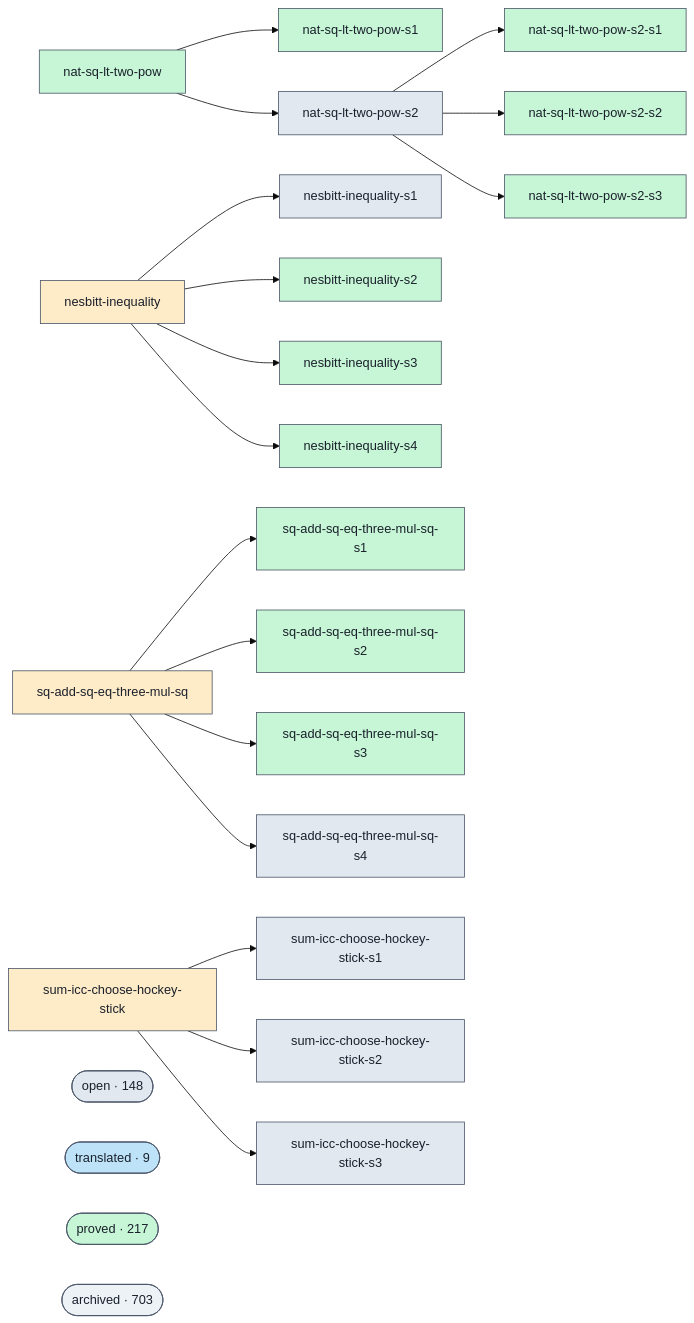
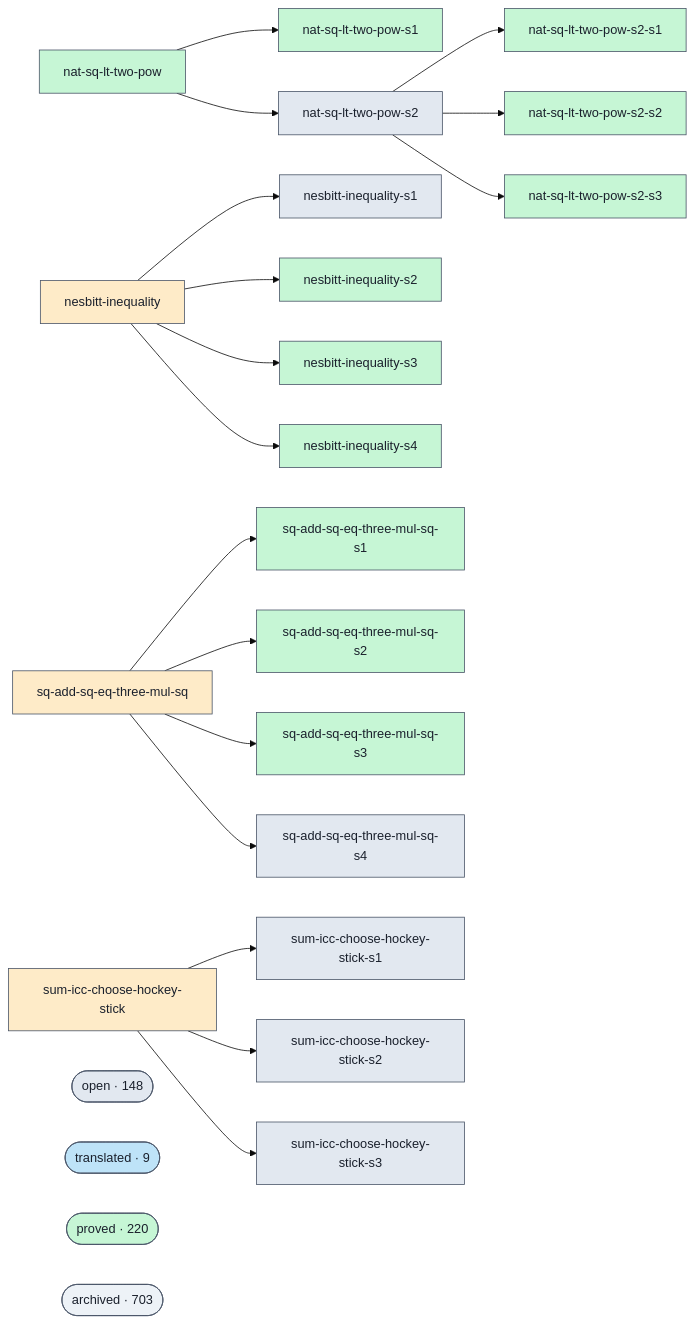
Before and after one commit to ohdearquant/unsorry: the diagram in docs/proofs-contributors-visualisation.md, drawn with Mermaid (base theme). The commit also changed other lines of this file and 2 other files, not shown here.

```diff
--- a/docs/proofs-contributors-visualisation.md
+++ b/docs/proofs-contributors-visualisation.md
@@ -102,7 +102,7 @@
   class cluster_open open;
   cluster_translated(["translated · 9"])
   class cluster_translated translated;
-  cluster_proved(["proved · 217"])
+  cluster_proved(["proved · 220"])
   class cluster_proved proved;
   cluster_archived(["archived · 703"])
   class cluster_archived unknown;
```
